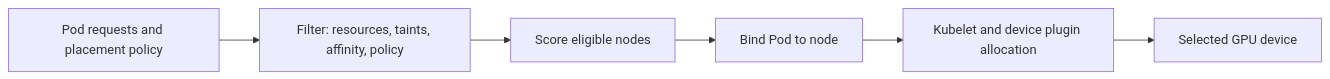
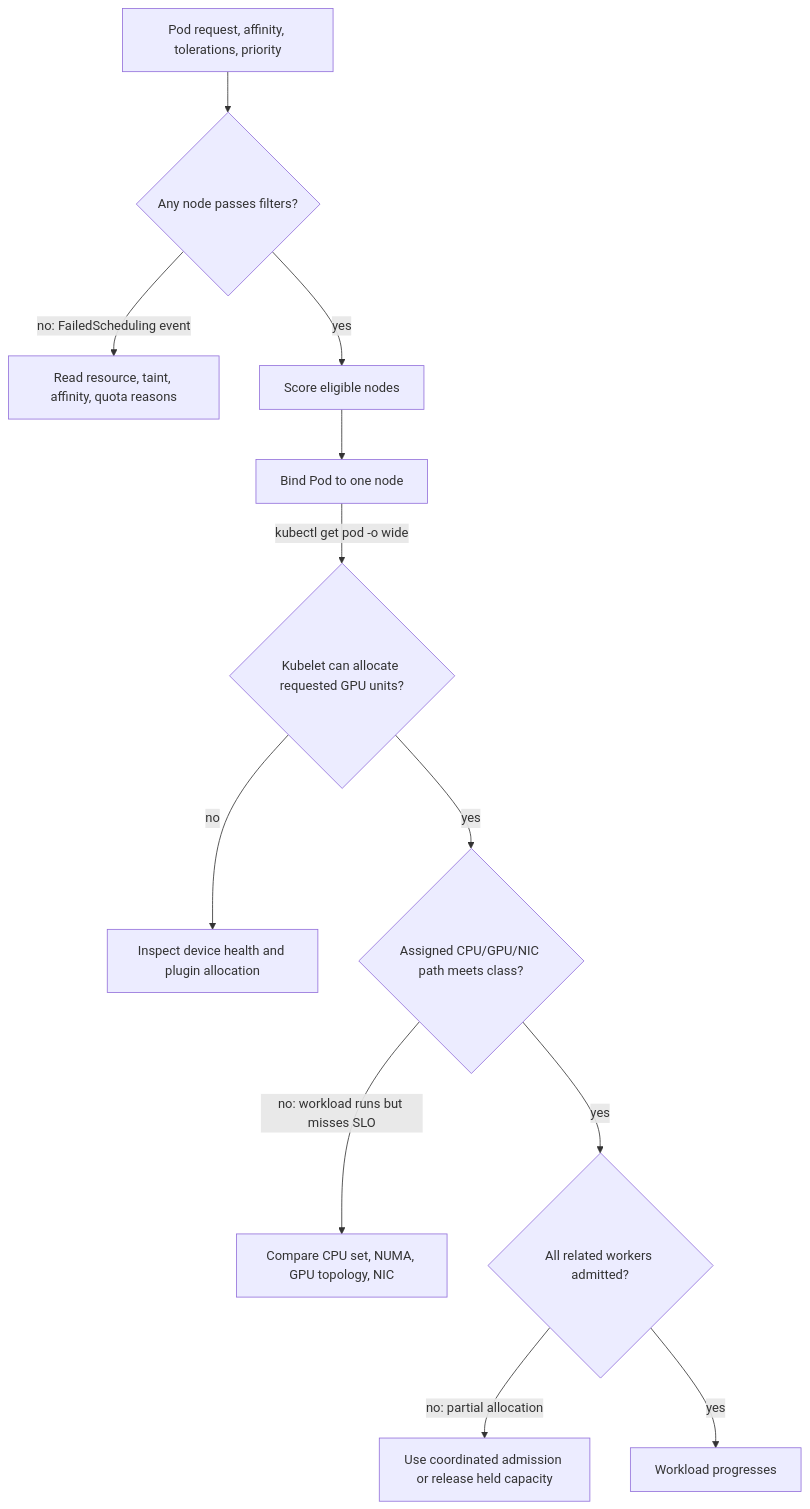
One commit to jithinpnjm/nvidia-devops changed the diagram in docs/nvidia-zero-to-hero/volume-10/chapter-08-gpu-scheduling-and-topology.md. Above: the diagram before and after it, drawn with Mermaid. The commit also changed other lines of this file, not shown here.

Commit message:
docs(volume-10): deepen scheduling topology evidence

````diff
--- a/docs/nvidia-zero-to-hero/volume-10/chapter-08-gpu-scheduling-and-topology.md
+++ b/docs/nvidia-zero-to-hero/volume-10/chapter-08-gpu-scheduling-and-topology.md
@@ -25,10 +25,14 @@
 ```mermaid
-flowchart LR
-    Pod[Pod requests and placement policy]
-    Filter[Filter: resources, taints, affinity, policy]
-    Score[Score eligible nodes]
-    Bind[Bind Pod to node]
-    Kubelet[Kubelet and device plugin allocation]
-    Device[Selected GPU device]
-    Pod --> Filter --> Score --> Bind --> Kubelet --> Device
+flowchart TD
+    Pod[Pod request, affinity, tolerations, priority] --> Filter{Any node passes filters?}
+    Filter -->|"no: FailedScheduling event"| Diagnose[Read resource, taint, affinity, quota reasons]
+    Filter -->|yes| Score[Score eligible nodes]
+    Score --> Bind[Bind Pod to one node]
+    Bind -->|"kubectl get pod -o wide"| Allocate{Kubelet can allocate requested GPU units?}
+    Allocate -->|no| AllocateFix[Inspect device health and plugin allocation]
+    Allocate -->|yes| Locality{Assigned CPU/GPU/NIC path meets class?}
+    Locality -->|no: workload runs but misses SLO| TopologyFix[Compare CPU set, NUMA, GPU topology, NIC]
+    Locality -->|yes| Group{All related workers admitted?}
+    Group -->|no: partial allocation| QueueFix[Use coordinated admission or release held capacity]
+    Group -->|yes| Run[Workload progresses]
 ```
````
